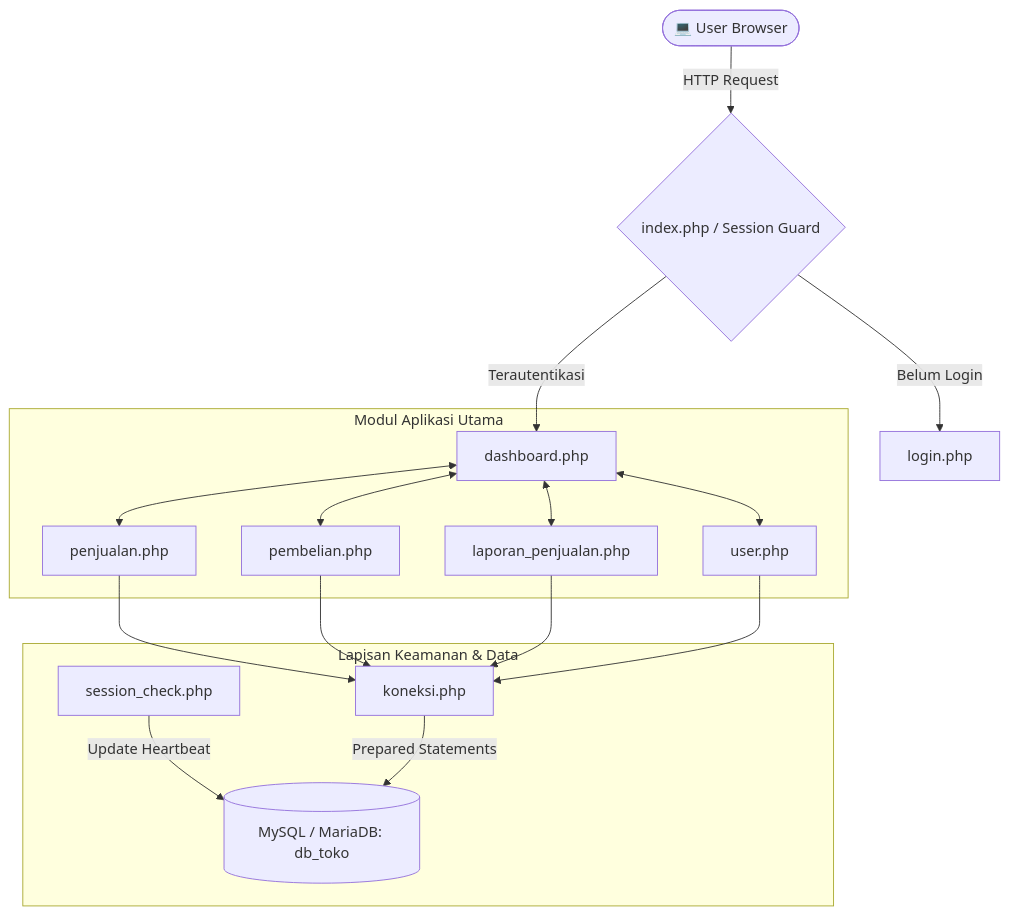
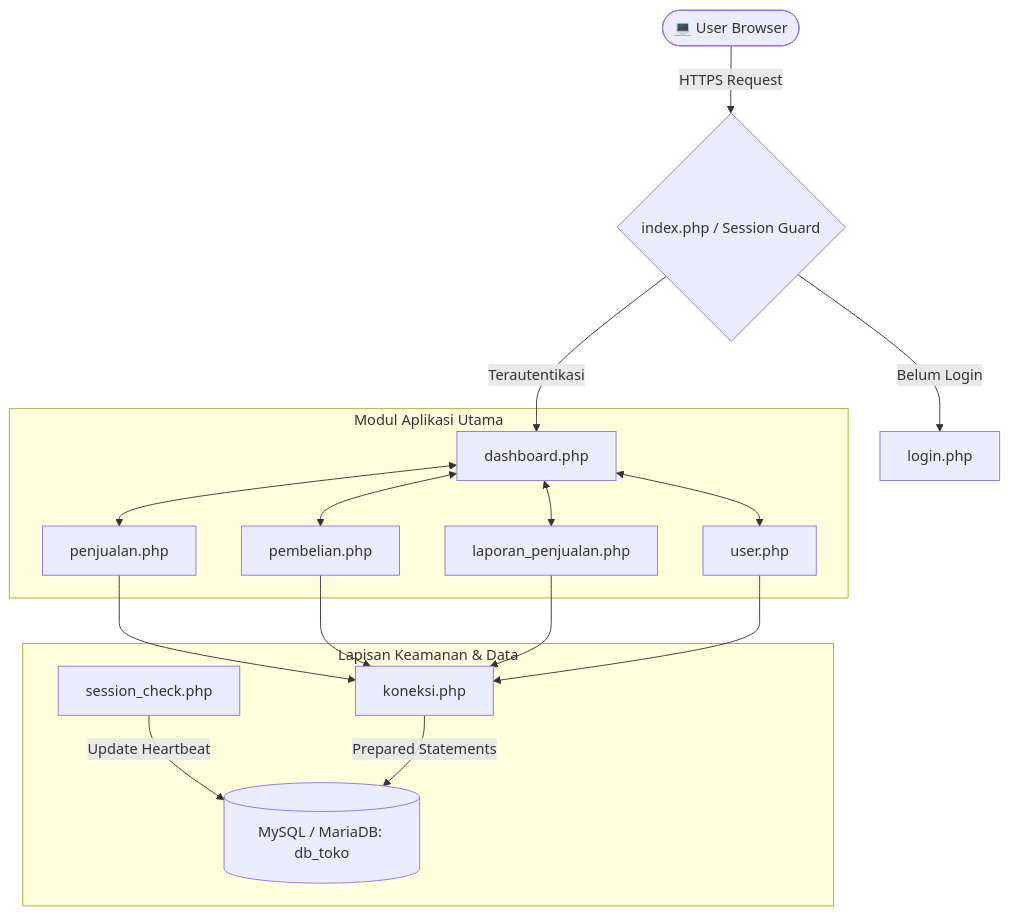
One commit to winanda150/phone-store-crud changed the first of 2 diagrams in README.md. Above: the diagram before and after it, drawn with Mermaid. The commit also changed other lines of this file, not shown here.

````diff
--- a/README.md
+++ b/README.md
@@ -94,22 +94,22 @@
 ```mermaid
 graph TD
-    Client([💻 User Browser]) -->|HTTP Request| Router{index.php / Session Guard}
+    Client([💻 User Browser]) -->|HTTPS Request| Router{index.php / Session Guard}
     Router -->|Belum Login| Login[login.php]
     Router -->|Terautentikasi| Dashboard[dashboard.php]
     
     subgraph "Modul Aplikasi Utama"
         Dashboard <--> ModSales[penjualan.php]
         Dashboard <--> ModPurchases[pembelian.php]
         Dashboard <--> ModReports[laporan_penjualan.php]
         Dashboard <--> ModUsers[user.php]
     end
     
     subgraph "Lapisan Keamanan & Data"
         SessionCheck[session_check.php] -->|Update Heartbeat| DB[(MySQL / MariaDB: db_toko)]
         Koneksi[koneksi.php] -->|Prepared Statements| DB
         ModSales --> Koneksi
         ModPurchases --> Koneksi
         ModReports --> Koneksi
         ModUsers --> Koneksi
     end
 ```
````
